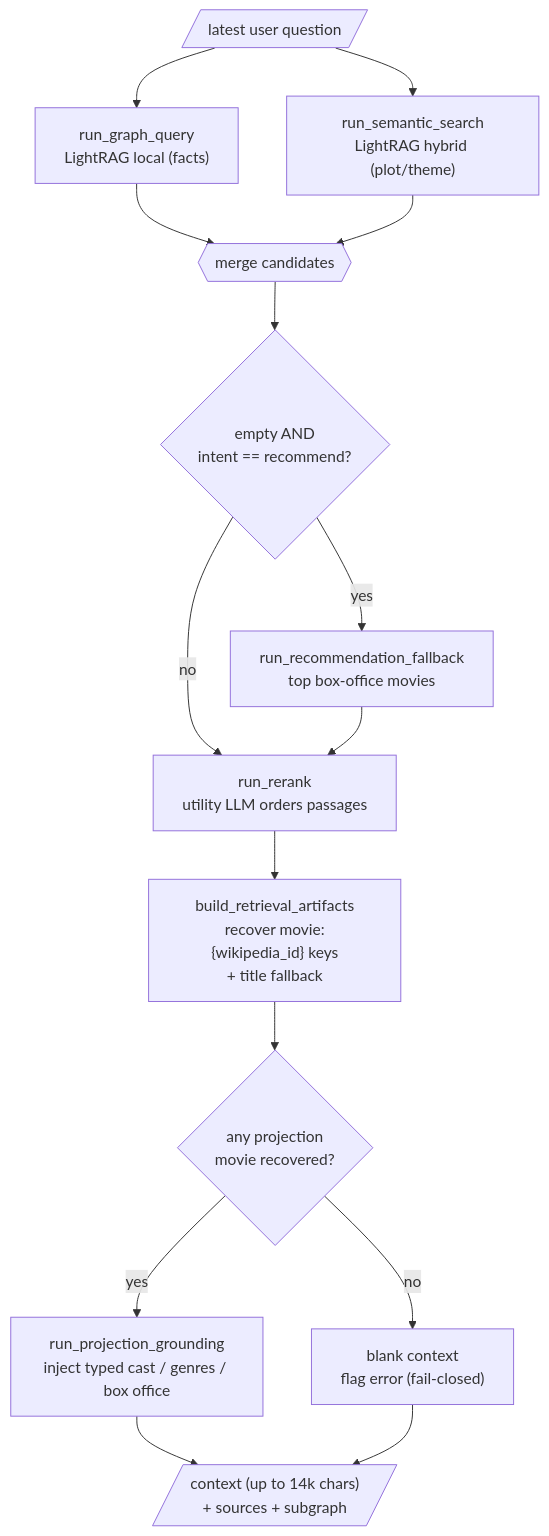
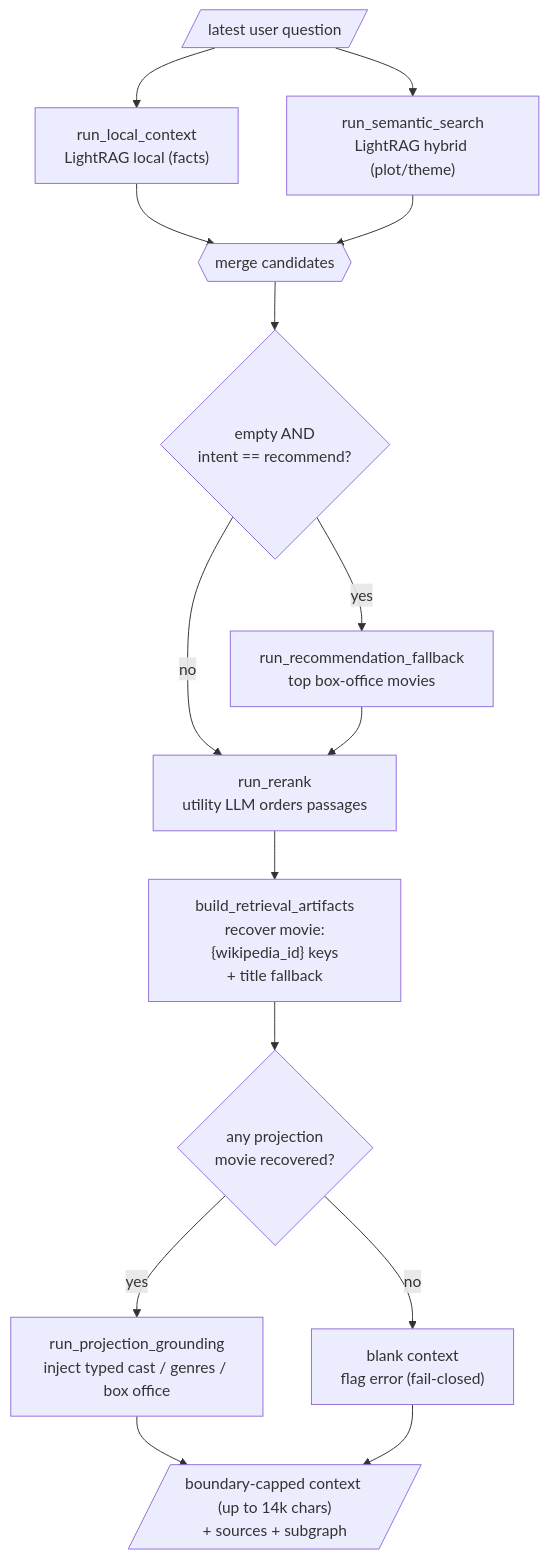
Before and after one commit to Nagdy8888/reel-movie-agent: the fifth of 11 diagrams in docs/ARCHITECTURE.md, drawn with Mermaid. The commit also changed other lines of this file and 25 other files, not shown here.

````diff
--- a/docs/ARCHITECTURE.md
+++ b/docs/ARCHITECTURE.md
@@ -197,21 +199,21 @@
 ```mermaid
 flowchart TB
-    q[/"latest user question"/] --> local["run_graph_query<br/>LightRAG local (facts)"]
+    q[/"latest user question"/] --> local["run_local_context<br/>LightRAG local (facts)"]
     q --> hybrid["run_semantic_search<br/>LightRAG hybrid (plot/theme)"]
 
     local --> merge{{merge candidates}}
     hybrid --> merge
 
     merge --> empty{empty AND<br/>intent == recommend?}
     empty -->|yes| fallback["run_recommendation_fallback<br/>top box-office movies"]
     empty -->|no| rerank
     fallback --> rerank["run_rerank<br/>utility LLM orders passages"]
 
     rerank --> artifacts["build_retrieval_artifacts<br/>recover movie:{wikipedia_id} keys<br/>+ title fallback"]
     artifacts --> mapped{any projection<br/>movie recovered?}
     mapped -->|no| failclosed["blank context<br/>flag error (fail-closed)"]
     mapped -->|yes| ground["run_projection_grounding<br/>inject typed cast / genres / box office"]
 
-    ground --> ctx[/"context (up to 14k chars)<br/>+ sources + subgraph"/]
+    ground --> ctx[/"boundary-capped context (up to 14k chars)<br/>+ sources + subgraph"/]
     failclosed --> ctx
 ```
````
